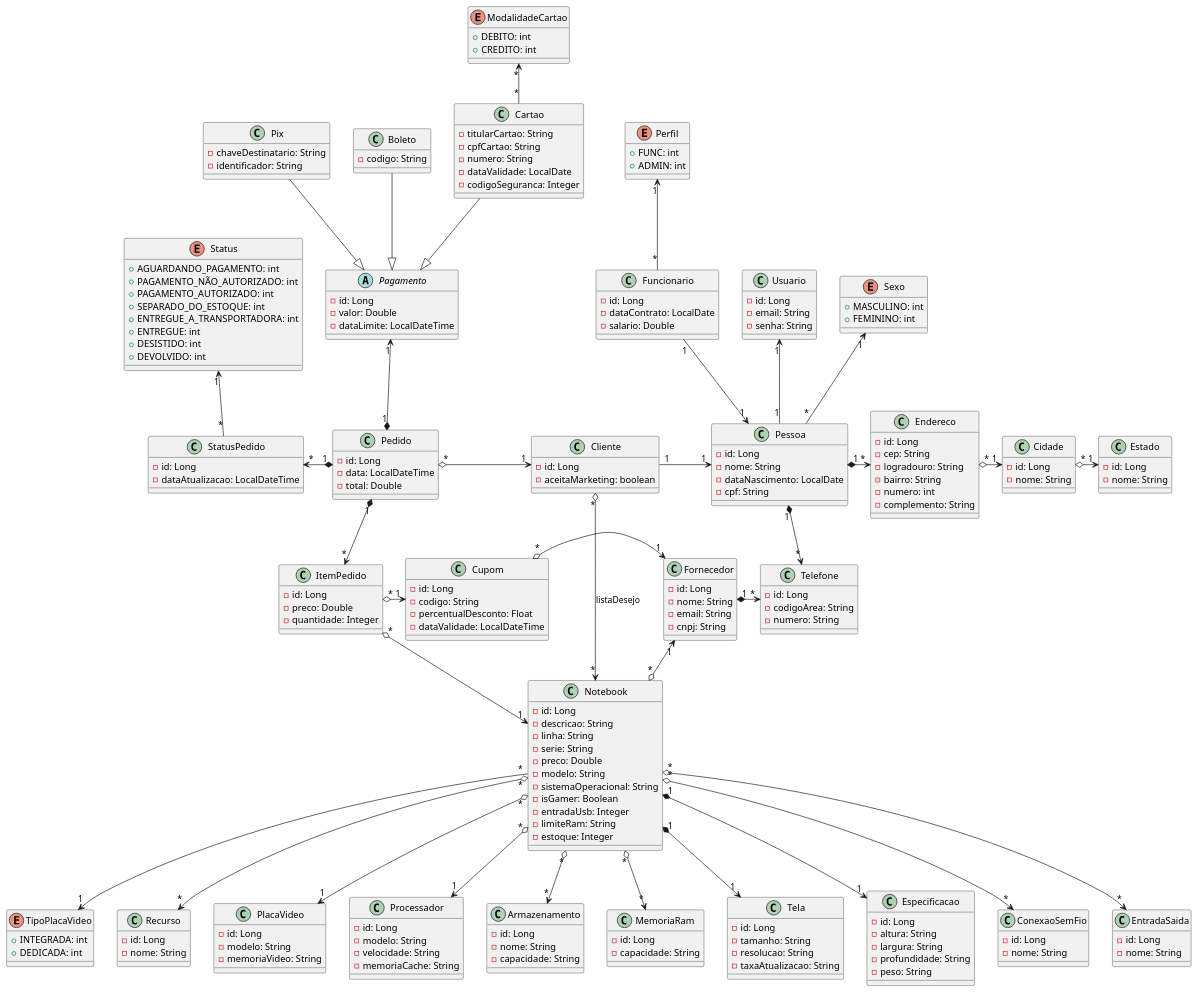
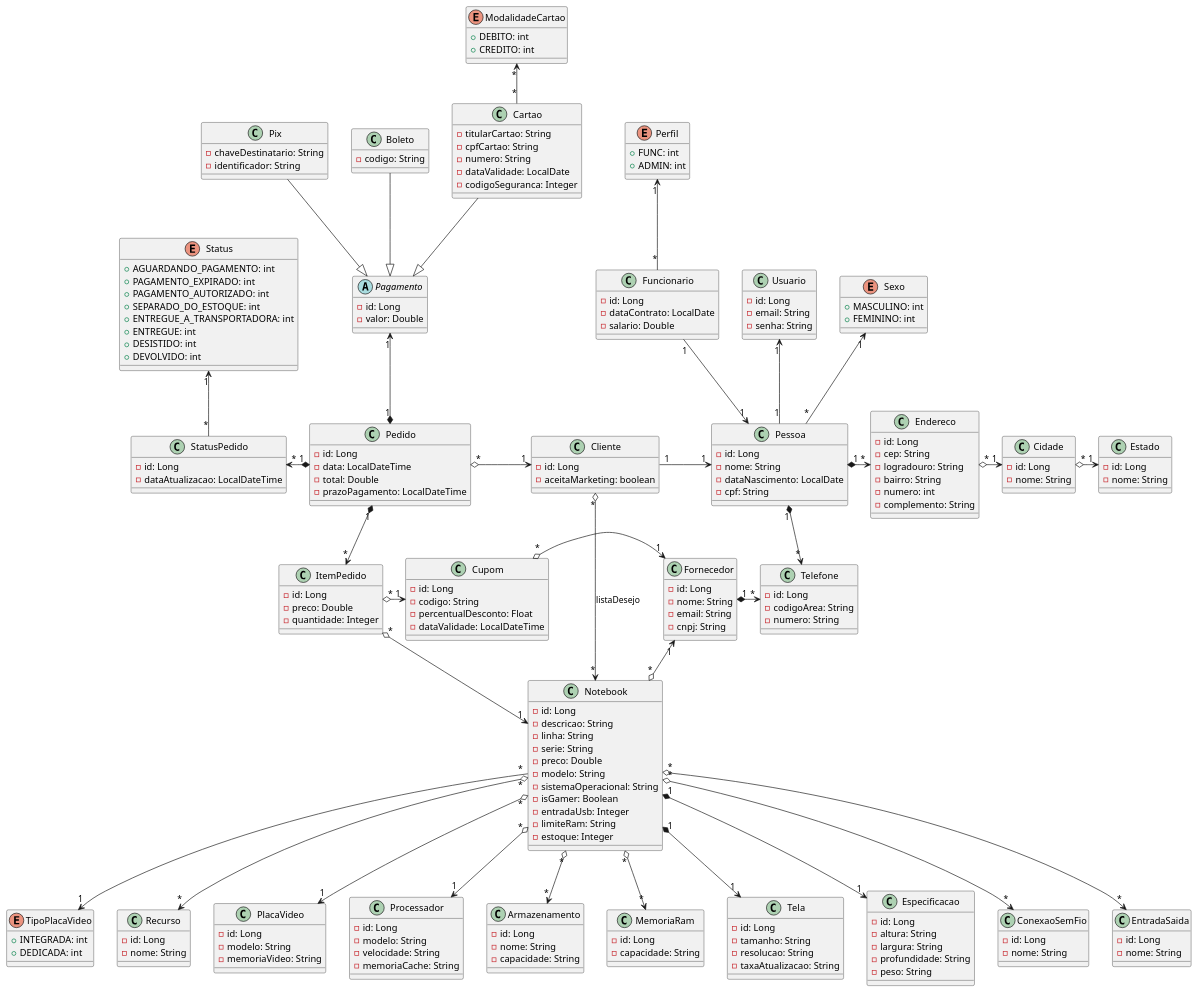
The diagram in src/main/resources/docs/uml_v2.plantuml (MatheusPontieri/E-commerce_Notebooks), drawn with PlantUML before and after one commit. The commit also changed 27 other files, not shown here.

```diff
--- a/src/main/resources/docs/uml_v2.plantuml
+++ b/src/main/resources/docs/uml_v2.plantuml
@@ -4,6 +4,7 @@
     - id: Long
     - data: LocalDateTime
     - total: Double
+    - prazoPagamento: LocalDateTime
 }
 
 class ItemPedido {
@@ -14,7 +15,7 @@
 
 enum Status {
     + AGUARDANDO_PAGAMENTO: int
-    + PAGAMENTO_NÃO_AUTORIZADO: int
+    + PAGAMENTO_EXPIRADO: int
     + PAGAMENTO_AUTORIZADO: int
     + SEPARADO_DO_ESTOQUE: int
     + ENTREGUE_A_TRANSPORTADORA: int
@@ -38,7 +39,6 @@
 abstract Pagamento {
     - id: Long
     - valor: Double
-    - dataLimite: LocalDateTime
 }
 
 class Pix {
```
